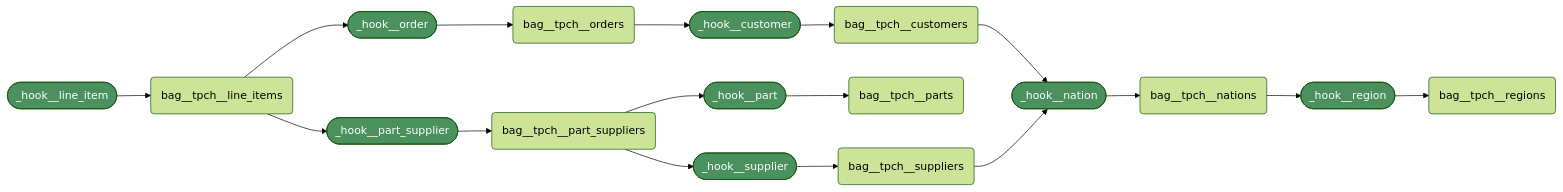
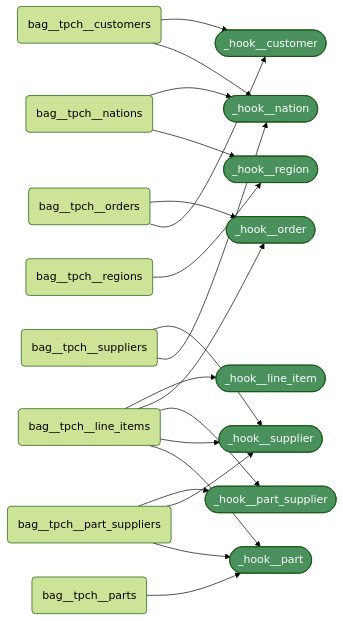
The third of 4 diagrams in README.md (mattiasthalen/tpch), drawn with Mermaid (forest theme) before and after one commit.

Commit message:
Update HOOK ODM to reflect correct relationships

````diff
--- a/README.md
+++ b/README.md
@@ -229,46 +229,47 @@
 ```mermaid
 flowchart LR
     %% Bags
     bag__tpch__customers("bag__tpch__customers")
     bag__tpch__nations("bag__tpch__nations")
     bag__tpch__line_items("bag__tpch__line_items")
     bag__tpch__orders("bag__tpch__orders")
     bag__tpch__part_suppliers("bag__tpch__part_suppliers")
     bag__tpch__parts("bag__tpch__parts")
     bag__tpch__regions("bag__tpch__regions")
     bag__tpch__suppliers("bag__tpch__suppliers")
 
     %% Hooks
     _hook__order(["_hook__order"]):::hook
     _hook__customer(["_hook__customer"]):::hook
     _hook__part(["_hook__part"]):::hook
     _hook__supplier(["_hook__supplier"]):::hook
     _hook__region(["_hook__region"]):::hook
     _hook__nation(["_hook__nation"]):::hook
     _hook__line_item(["_hook__line_item"]):::hook
     _hook__part_supplier(["_hook__part_supplier"]):::hook
 
     %% Relations
-    _hook__line_item --> bag__tpch__line_items
-
+    bag__tpch__line_items -->_hook__line_item
     bag__tpch__line_items --> _hook__order
-    _hook__order --> bag__tpch__orders
+    bag__tpch__orders --> _hook__order
     bag__tpch__orders --> _hook__customer
-    _hook__customer --> bag__tpch__customers
+    bag__tpch__customers --> _hook__customer
     bag__tpch__customers --> _hook__nation
-    _hook__nation --> bag__tpch__nations
+    bag__tpch__nations --> _hook__nation
     bag__tpch__nations --> _hook__region
-    _hook__region --> bag__tpch__regions
+    bag__tpch__regions --> _hook__region
 
     bag__tpch__line_items -->_hook__part_supplier
-    _hook__part_supplier --> bag__tpch__part_suppliers
+    bag__tpch__part_suppliers --> _hook__part_supplier
     bag__tpch__part_suppliers --> _hook__supplier
     bag__tpch__part_suppliers --> _hook__part
 
-    _hook__supplier --> bag__tpch__suppliers
-    _hook__part --> bag__tpch__parts
+    bag__tpch__suppliers --> _hook__supplier
+    bag__tpch__line_items --> _hook__supplier
+    bag__tpch__parts --> _hook__part
+    bag__tpch__line_items --> _hook__part
 
     bag__tpch__suppliers --> _hook__nation
 
     classDef hook fill:#4A915E,color:white
 ```
````
